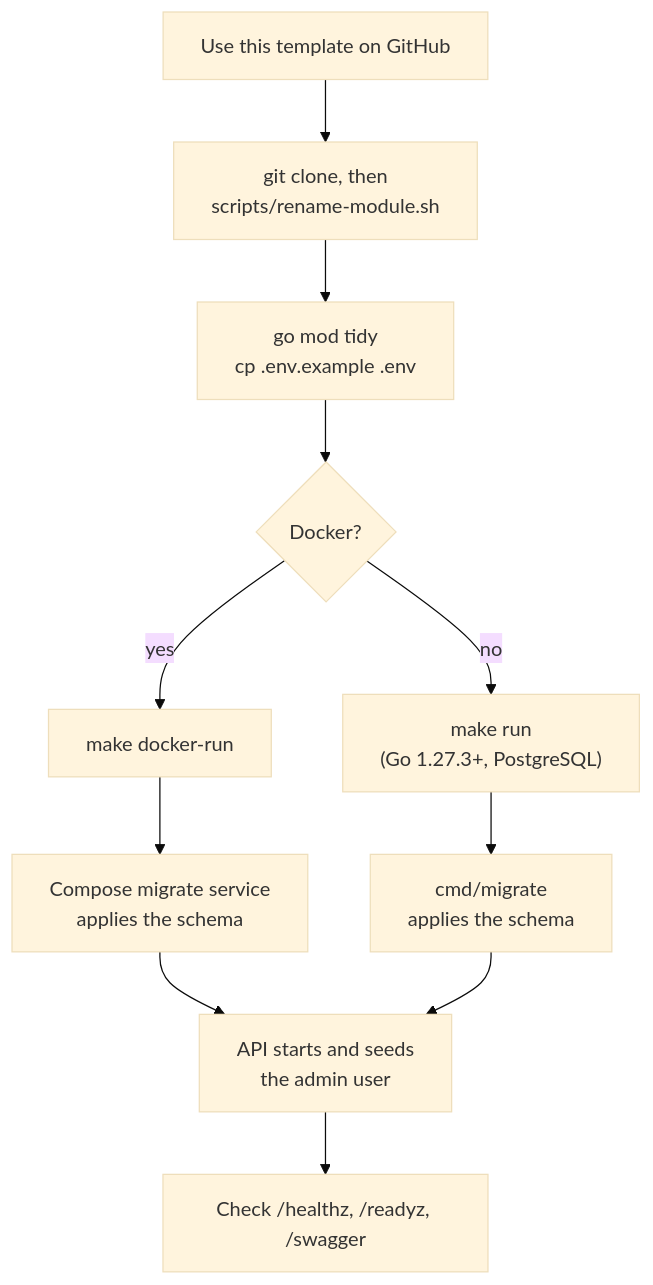
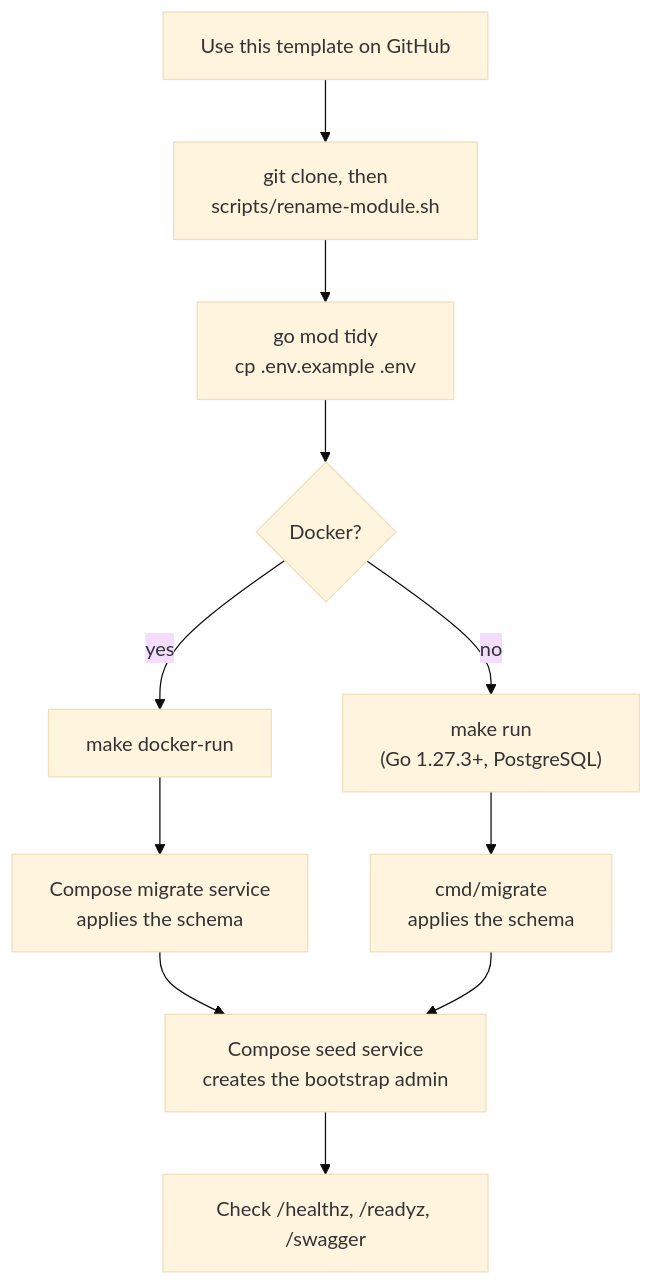
Before and after one commit to chuanghiduoc/fiber-golang-boilerplate: the second of 2 diagrams in README.md, drawn with Mermaid (base theme). The commit also changed other lines of this file and 76 other files, not shown here.

````diff
--- a/README.md
+++ b/README.md
@@ -92,13 +92,13 @@
 ```mermaid
 flowchart TD
     A["Use this template on GitHub"] --> B["git clone, then<br/>scripts/rename-module.sh"]
     B --> C["go mod tidy<br/>cp .env.example .env"]
     C --> D{Docker?}
     D -->|yes| E["make docker-run"]
     D -->|no| F["make run<br/>(Go 1.27.3+, PostgreSQL)"]
     E --> G["Compose migrate service<br/>applies the schema"]
     F --> H["cmd/migrate<br/>applies the schema"]
-    G --> I["API starts and seeds<br/>the admin user"]
+    G --> I["Compose seed service<br/>creates the bootstrap admin"]
     H --> I
     I --> J["Check /healthz, /readyz, /swagger"]
 ```
````
